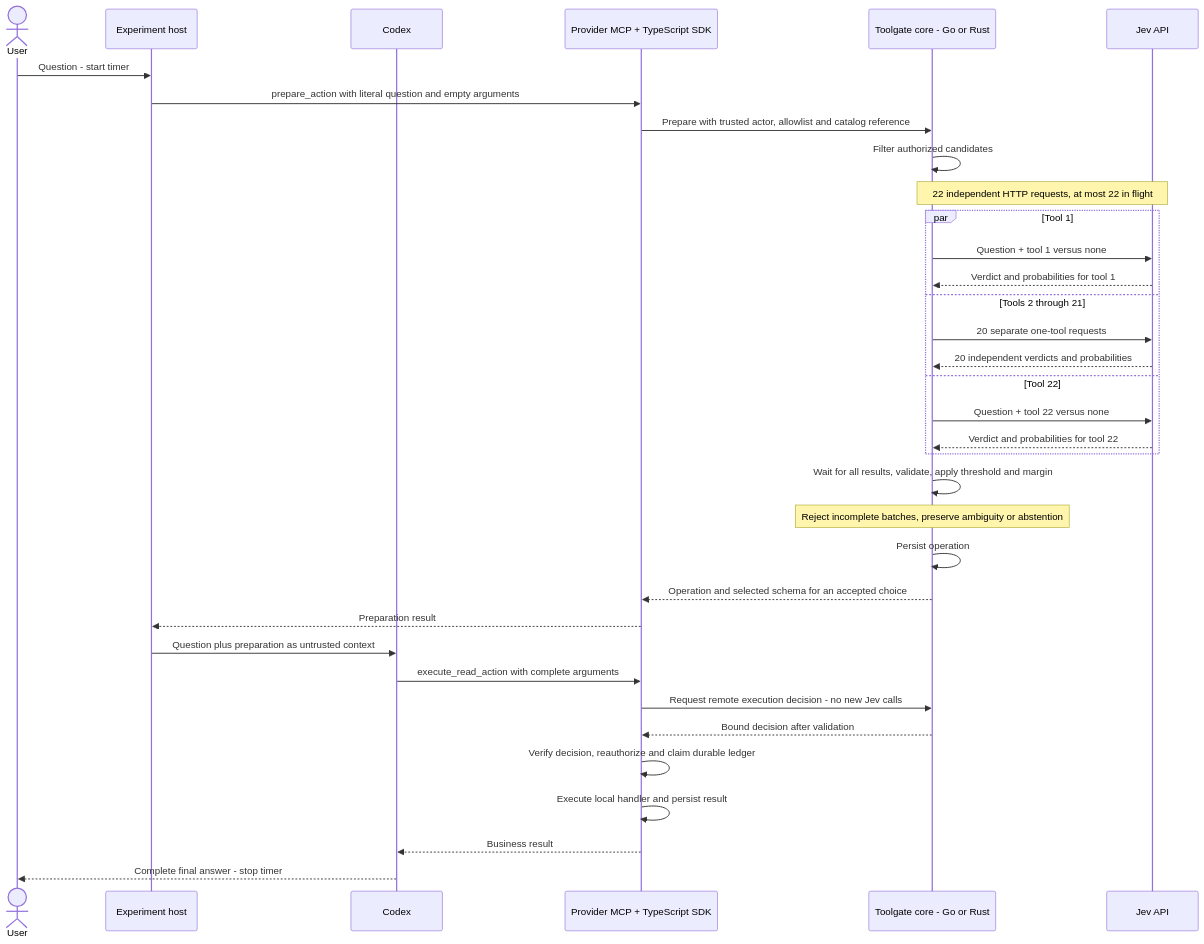
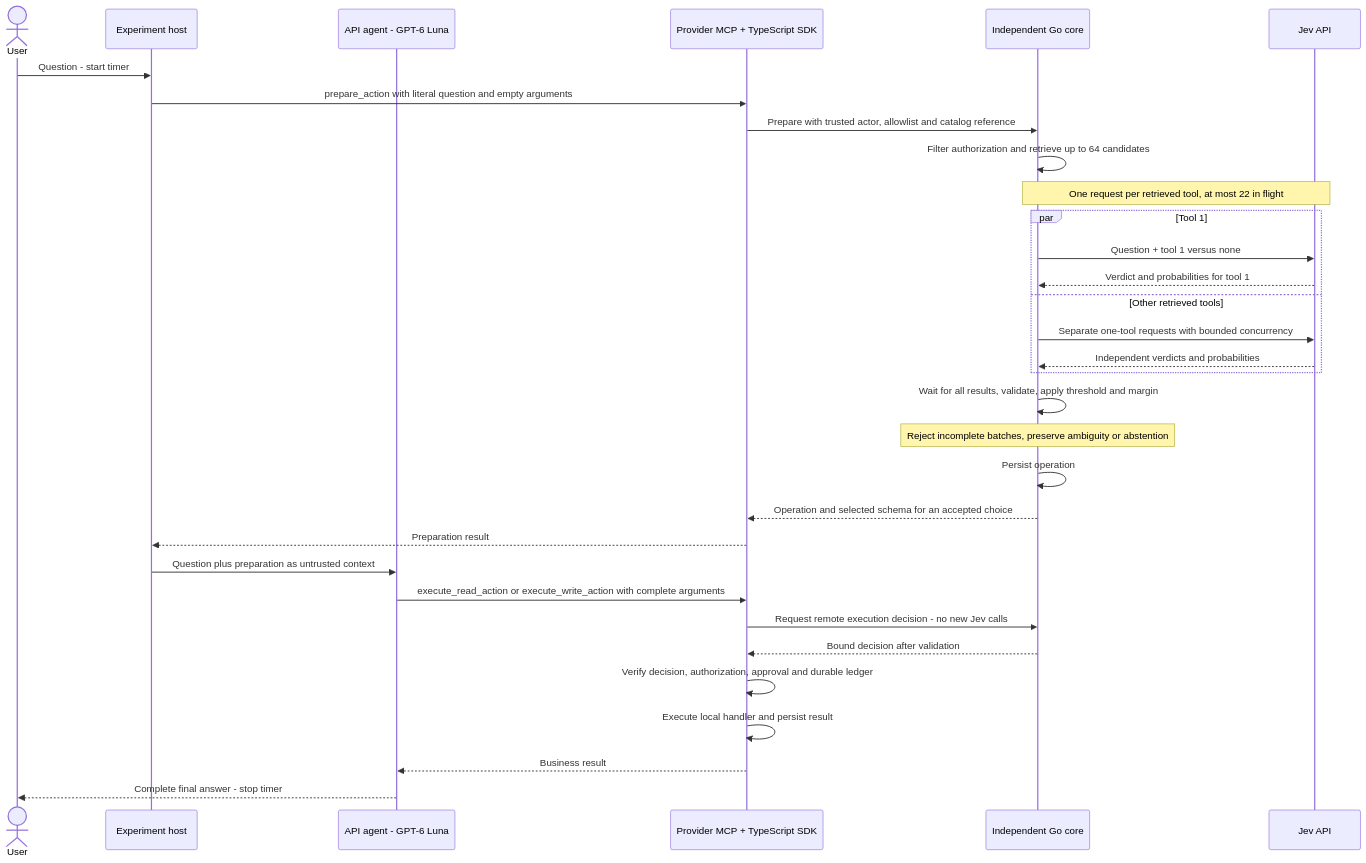
One commit to diorrego/toolgate-experiment changed the fourth of 4 diagrams in README.md. Above: the diagram before and after it, drawn with Mermaid. The commit also changed other lines of this file and 54 other files, not shown here.

Commit message:
Add V2 accuracy experiment with GPT-6 Luna and 143 MCP tools

````diff
--- a/README.md
+++ b/README.md
@@ -138,37 +187,34 @@
 ```mermaid
 sequenceDiagram
     actor U as User
     participant H as Experiment host
-    participant A as Codex
+    participant A as API agent - GPT-6 Luna
     participant P as Provider MCP + TypeScript SDK
-    participant C as Toolgate core - Go or Rust
+    participant C as Independent Go core
     participant J as Jev API
     U->>H: Question - start timer
     H->>P: prepare_action with literal question and empty arguments
     P->>C: Prepare with trusted actor, allowlist and catalog reference
-    C->>C: Filter authorized candidates
-    Note over C,J: 22 independent HTTP requests, at most 22 in flight
+    C->>C: Filter authorization and retrieve up to 64 candidates
+    Note over C,J: One request per retrieved tool, at most 22 in flight
     par Tool 1
         C->>J: Question + tool 1 versus none
         J-->>C: Verdict and probabilities for tool 1
-    and Tools 2 through 21
-        C->>J: 20 separate one-tool requests
-        J-->>C: 20 independent verdicts and probabilities
-    and Tool 22
-        C->>J: Question + tool 22 versus none
-        J-->>C: Verdict and probabilities for tool 22
+    and Other retrieved tools
+        C->>J: Separate one-tool requests with bounded concurrency
+        J-->>C: Independent verdicts and probabilities
     end
     C->>C: Wait for all results, validate, apply threshold and margin
     Note over C: Reject incomplete batches, preserve ambiguity or abstention
     C->>C: Persist operation
     C-->>P: Operation and selected schema for an accepted choice
     P-->>H: Preparation result
     H->>A: Question plus preparation as untrusted context
-    A->>P: execute_read_action with complete arguments
+    A->>P: execute_read_action or execute_write_action with complete arguments
     P->>C: Request remote execution decision - no new Jev calls
     C-->>P: Bound decision after validation
-    P->>P: Verify decision, reauthorize and claim durable ledger
+    P->>P: Verify decision, authorization, approval and durable ledger
     P->>P: Execute local handler and persist result
     P-->>A: Business result
     A-->>U: Complete final answer - stop timer
 ```
````
